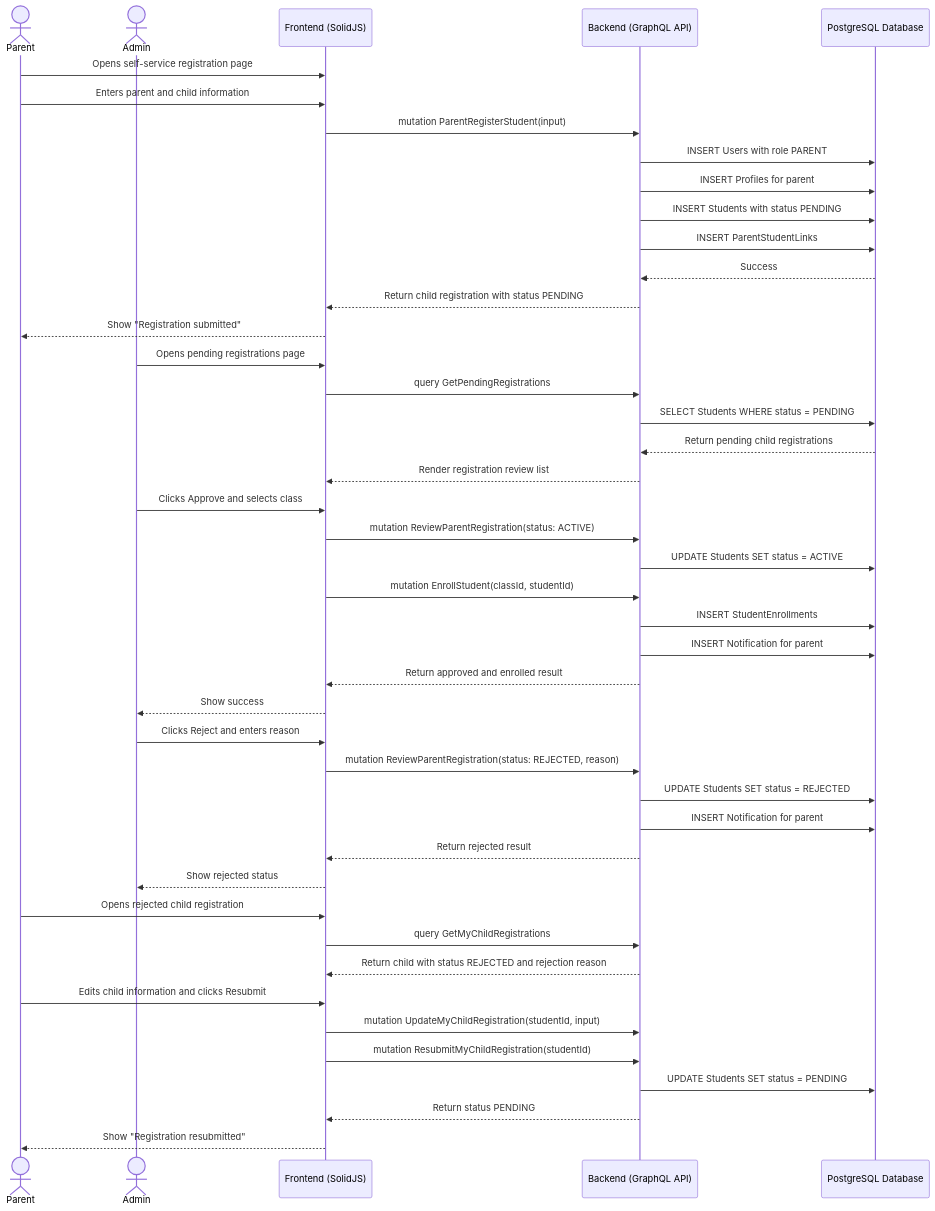
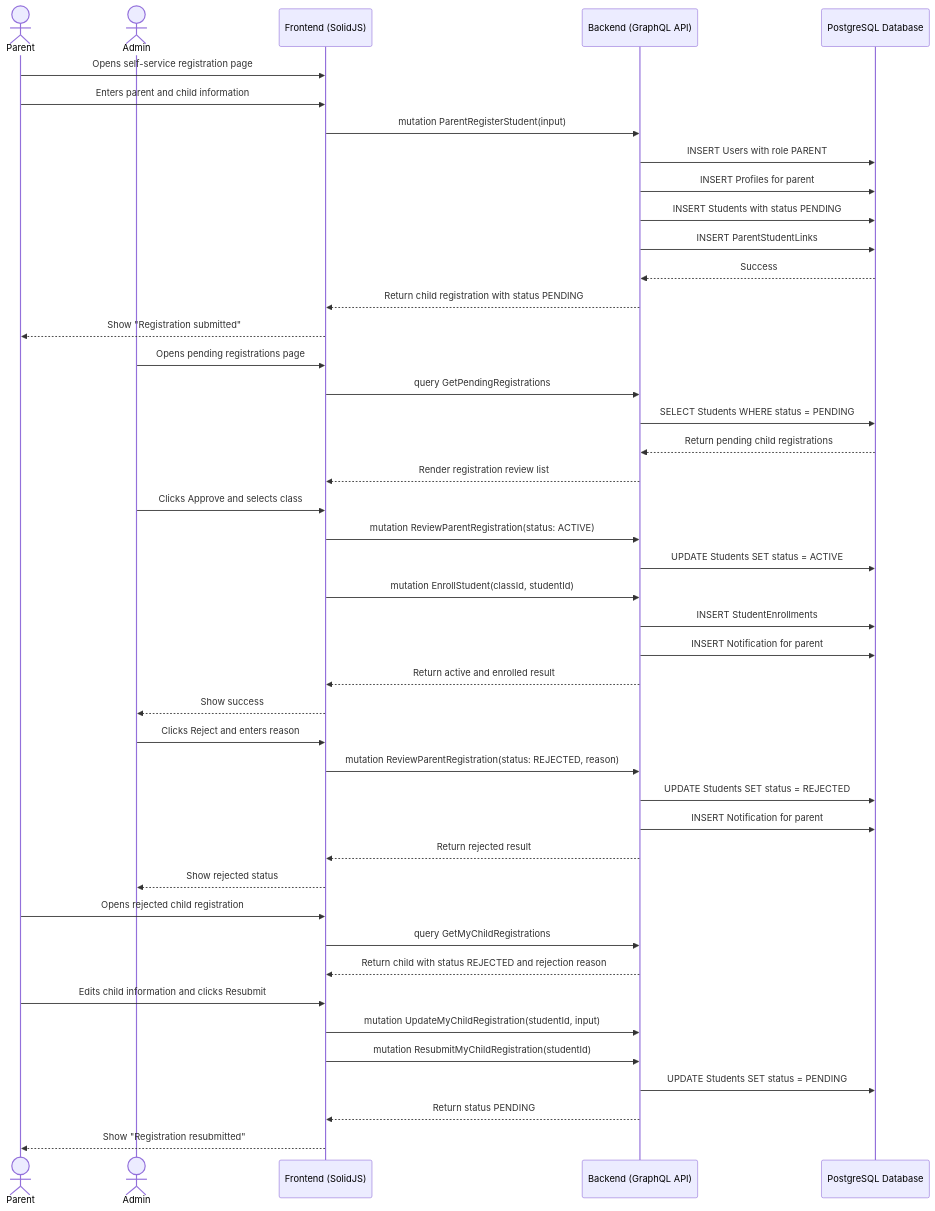
The diagram in docs/workflow/parent-self-service-registration.md (iftikharfadjar/docs-kindergarten-mgt), drawn with Mermaid before and after one commit. The commit also changed other lines of this file and 34 other files, not shown here.

````diff
--- a/docs/workflow/parent-self-service-registration.md
+++ b/docs/workflow/parent-self-service-registration.md
@@ -42,56 +42,56 @@
 ```mermaid
 sequenceDiagram
     actor Parent
     actor Admin
     participant Frontend as Frontend (SolidJS)
     participant API as Backend (GraphQL API)
     participant DB as PostgreSQL Database
 
     %% Step 1: Parent registers account and child
     Parent->>Frontend: Opens self-service registration page
     Parent->>Frontend: Enters parent and child information
     Frontend->>API: mutation ParentRegisterStudent(input)
     API->>DB: INSERT Users with role PARENT
     API->>DB: INSERT Profiles for parent
     API->>DB: INSERT Students with status PENDING
     API->>DB: INSERT ParentStudentLinks
     DB-->>API: Success
     API-->>Frontend: Return child registration with status PENDING
     Frontend-->>Parent: Show "Registration submitted"
 
     %% Step 2: Admin reviews pending registration
     Admin->>Frontend: Opens pending registrations page
     Frontend->>API: query GetPendingRegistrations
     API->>DB: SELECT Students WHERE status = PENDING
     DB-->>API: Return pending child registrations
     API-->>Frontend: Render registration review list
 
     %% Step 3A: Admin approves
     Admin->>Frontend: Clicks Approve and selects class
     Frontend->>API: mutation ReviewParentRegistration(status: ACTIVE)
     API->>DB: UPDATE Students SET status = ACTIVE
     Frontend->>API: mutation EnrollStudent(classId, studentId)
     API->>DB: INSERT StudentEnrollments
     API->>DB: INSERT Notification for parent
-    API-->>Frontend: Return approved and enrolled result
+    API-->>Frontend: Return active and enrolled result
     Frontend-->>Admin: Show success
 
     %% Step 3B: Admin rejects
     Admin->>Frontend: Clicks Reject and enters reason
     Frontend->>API: mutation ReviewParentRegistration(status: REJECTED, reason)
     API->>DB: UPDATE Students SET status = REJECTED
     API->>DB: INSERT Notification for parent
     API-->>Frontend: Return rejected result
     Frontend-->>Admin: Show rejected status
 
     %% Step 4: Parent resubmits if rejected
     Parent->>Frontend: Opens rejected child registration
     Frontend->>API: query GetMyChildRegistrations
     API-->>Frontend: Return child with status REJECTED and rejection reason
     Parent->>Frontend: Edits child information and clicks Resubmit
     Frontend->>API: mutation UpdateMyChildRegistration(studentId, input)
     Frontend->>API: mutation ResubmitMyChildRegistration(studentId)
     API->>DB: UPDATE Students SET status = PENDING
     API-->>Frontend: Return status PENDING
     Frontend-->>Parent: Show "Registration resubmitted"
 ```
````
